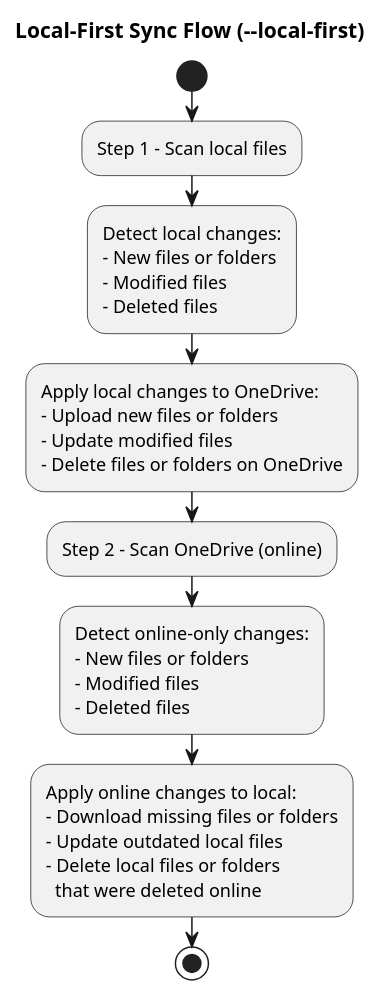
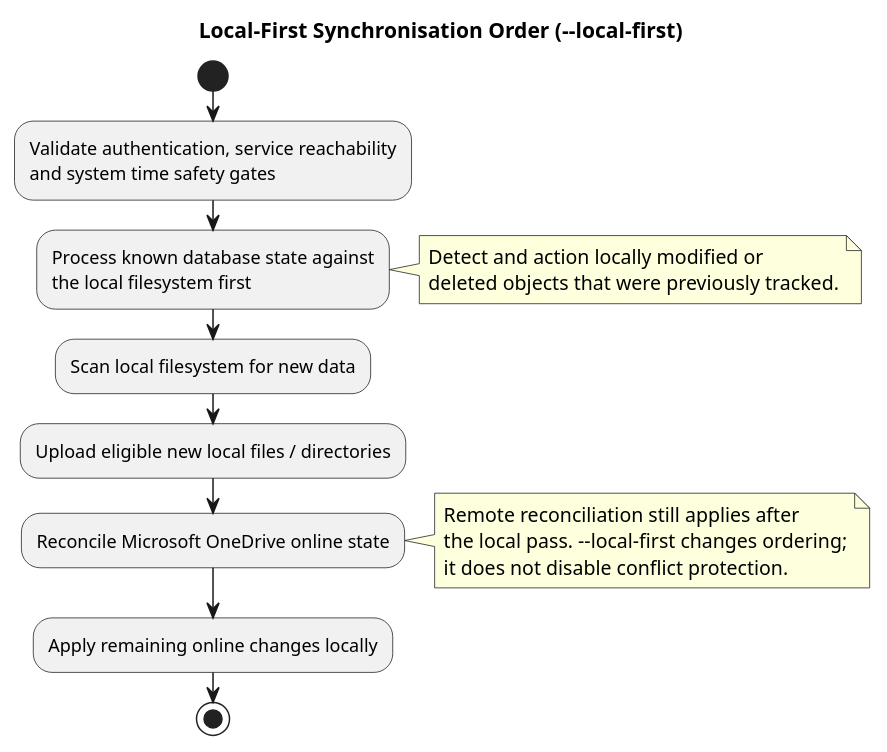
Before and after one commit to abraunegg/onedrive: the diagram in docs/puml/local_first_sync_process.puml, drawn with PlantUML. The commit also changed 45 other files, not shown here.

First line of the commit message:
Update architecture documentation

```diff
--- a/docs/puml/local_first_sync_process.puml
+++ b/docs/puml/local_first_sync_process.puml
@@ -1,30 +1,25 @@
 @startuml
-title Local-First Sync Flow (--local-first)
+title Local-First Synchronisation Order (~--local-first)
 
 start
+:Validate authentication, service reachability\nand system time safety gates;
 
-:Step 1 - Scan local files;
-:Detect local changes:
-- New files or folders
-- Modified files
-- Deleted files;
+:Process known database state against\nthe local filesystem first;
+note right
+  Detect and action locally modified or
+  deleted objects that were previously tracked.
+end note
 
-:Apply local changes to OneDrive:
-- Upload new files or folders
-- Update modified files
-- Delete files or folders on OneDrive;
+:Scan local filesystem for new data;
+:Upload eligible new local files / directories;
 
-:Step 2 - Scan OneDrive (online);
-:Detect online-only changes:
-- New files or folders
-- Modified files
-- Deleted files;
+:Reconcile Microsoft OneDrive online state;
+note right
+  Remote reconciliation still applies after
+  the local pass. ~--local-first changes ordering;
+  it does not disable conflict protection.
+end note
 
-:Apply online changes to local:
-- Download missing files or folders
-- Update outdated local files
-- Delete local files or folders
-  that were deleted online;
-
+:Apply remaining online changes locally;
 stop
 @enduml
```
